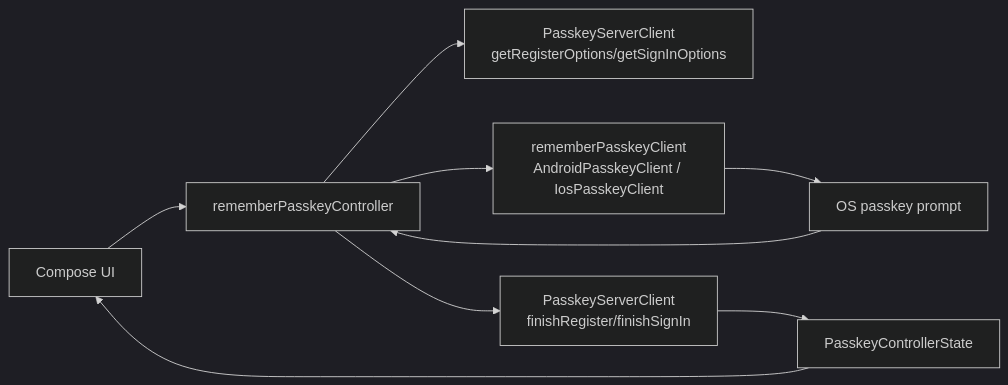
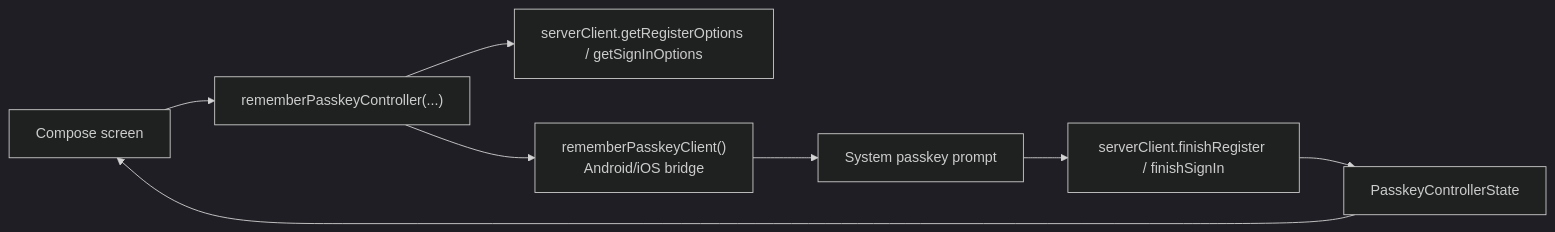
Before and after one commit to szijpeter/webauthn-kotlin-multiplatform: the diagram in webauthn-client-compose/README.md, drawn with Mermaid (dark theme). The commit also changed other lines of this file and 17 other files, not shown here.

Commit message:
Harden docs diagrams and trace governance

````diff
--- a/webauthn-client-compose/README.md
+++ b/webauthn-client-compose/README.md
@@ -11,14 +11,10 @@
 ```mermaid
 flowchart LR
-    UI[Compose UI] --> Controller[rememberPasskeyController]
-    Controller --> Start[PasskeyServerClient
-getRegisterOptions/getSignInOptions]
-    Controller --> Platform[rememberPasskeyClient
-AndroidPasskeyClient / IosPasskeyClient]
-    Platform --> Prompt[OS passkey prompt]
-    Prompt --> Controller
-    Controller --> Finish[PasskeyServerClient
-finishRegister/finishSignIn]
-    Finish --> State[PasskeyControllerState]
+    UI["Compose screen"] --> Controller["rememberPasskeyController(...)"]
+    Controller --> Start["serverClient.getRegisterOptions / getSignInOptions"]
+    Controller --> Platform["rememberPasskeyClient()<br/>Android/iOS bridge"]
+    Platform --> Prompt["System passkey prompt"]
+    Prompt --> Finish["serverClient.finishRegister / finishSignIn"]
+    Finish --> State["PasskeyControllerState"]
     State --> UI
 ```
````
